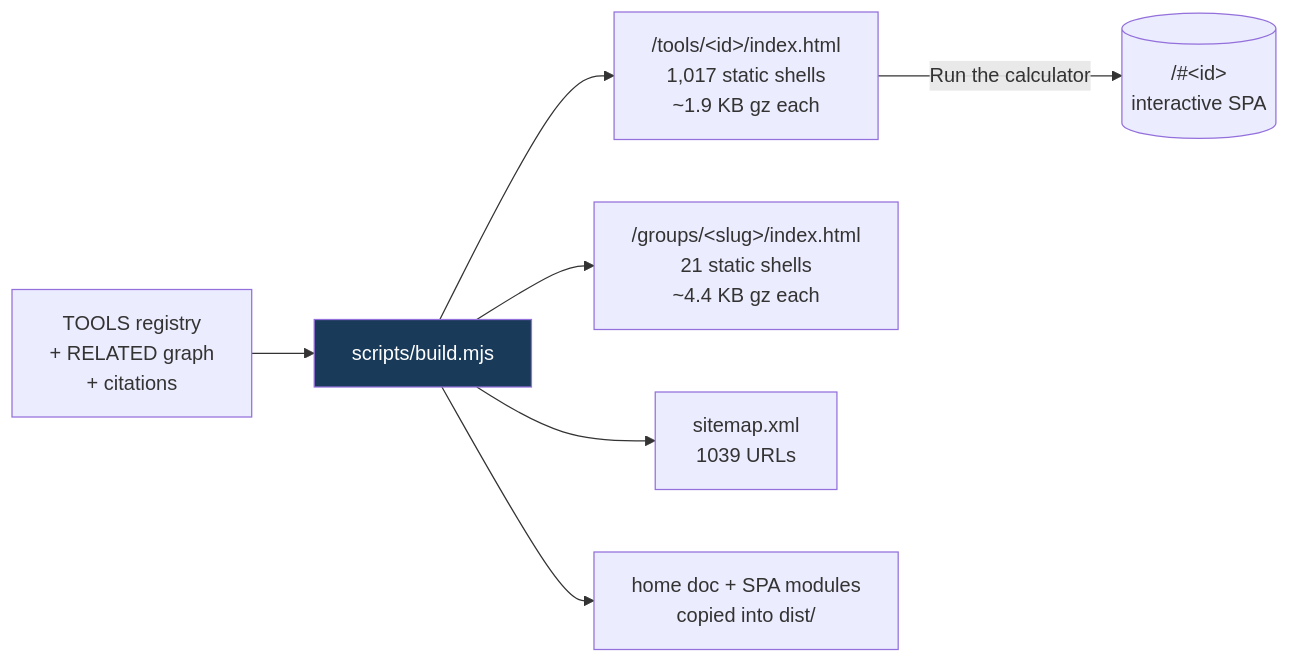
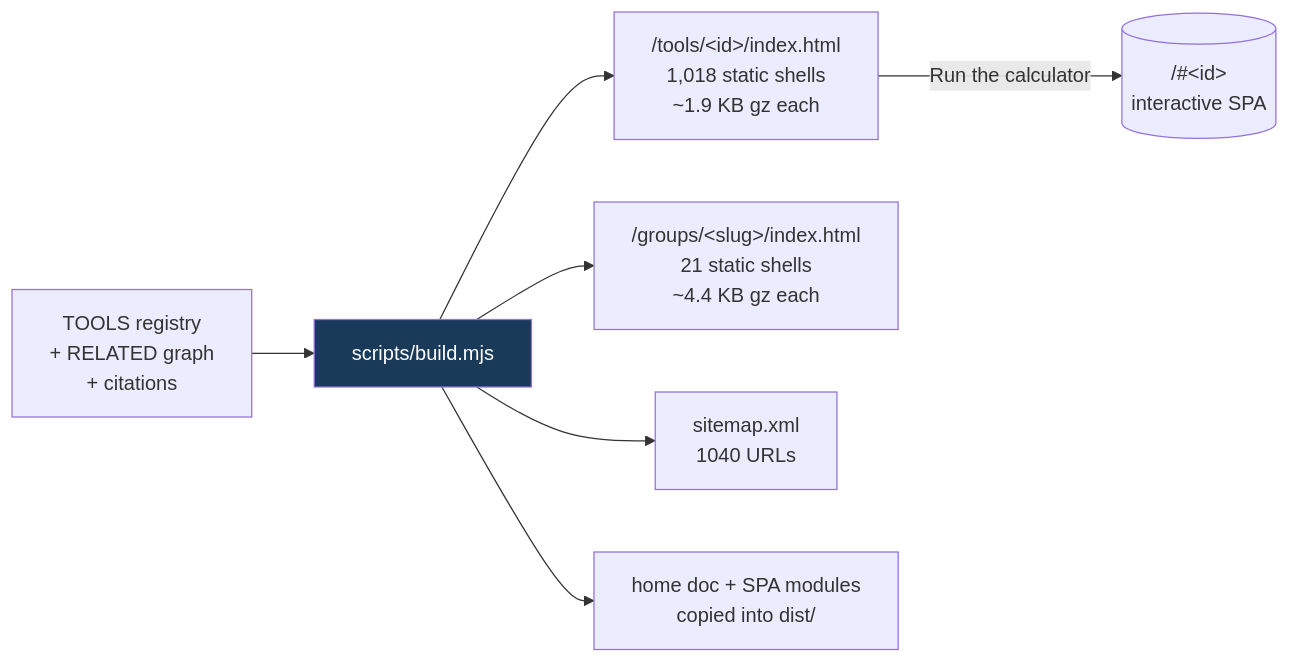
One commit to clay-good/roughlogic.com changed the fifth of 8 diagrams in README.md. Above: the diagram before and after it, drawn with Mermaid. The commit also changed other lines of this file and 12 other files, not shown here.

````diff
--- a/README.md
+++ b/README.md
@@ -495,10 +495,10 @@
 ```mermaid
 flowchart LR
     SRC[TOOLS registry\n+ RELATED graph\n+ citations] --> BUILD[scripts/build.mjs]
-    BUILD --> TILE["/tools/&lt;id&gt;/index.html\n1,017 static shells\n~1.9 KB gz each"]
+    BUILD --> TILE["/tools/&lt;id&gt;/index.html\n1,018 static shells\n~1.9 KB gz each"]
     BUILD --> GROUP["/groups/&lt;slug&gt;/index.html\n21 static shells\n~4.4 KB gz each"]
-    BUILD --> MAP["sitemap.xml\n1039 URLs"]
+    BUILD --> MAP["sitemap.xml\n1040 URLs"]
     BUILD --> COPY[home doc + SPA modules\ncopied into dist/]
     TILE -->|Run the calculator| SPA[("/#&lt;id&gt;\ninteractive SPA")]
     style BUILD fill:#1a3a5a,color:#fff
 ```
````
